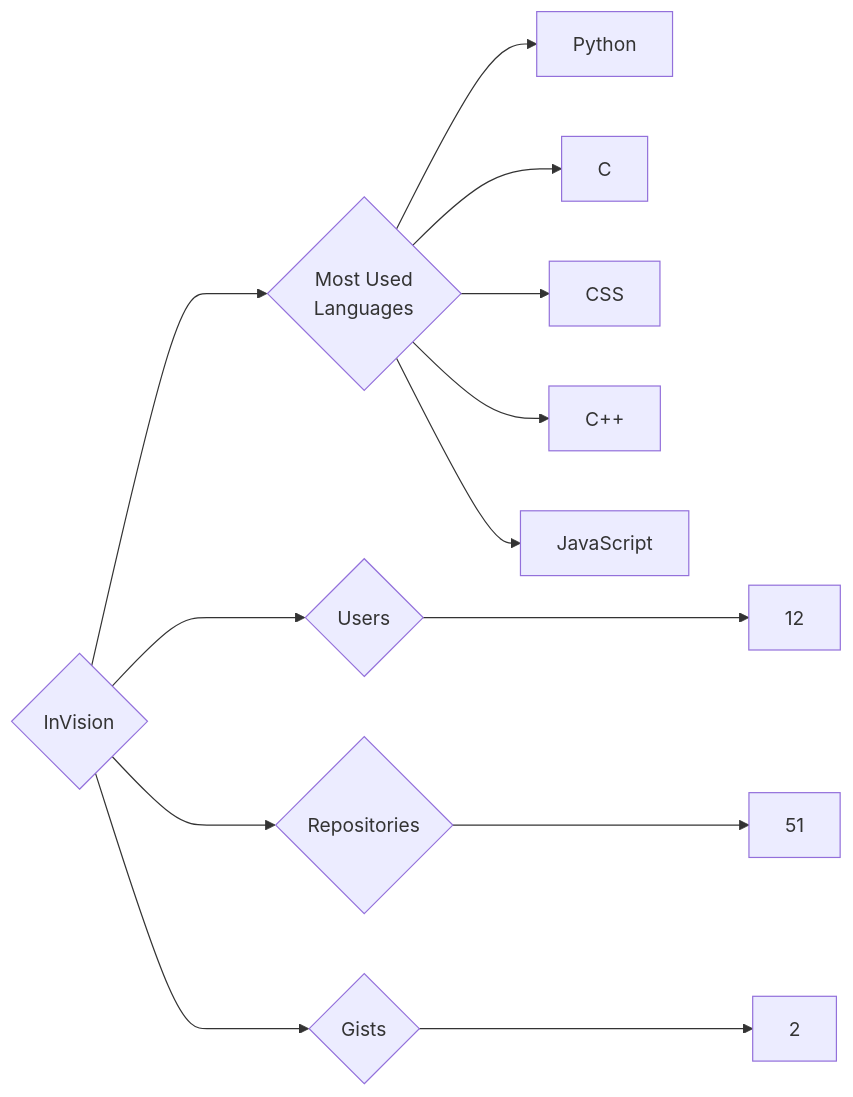
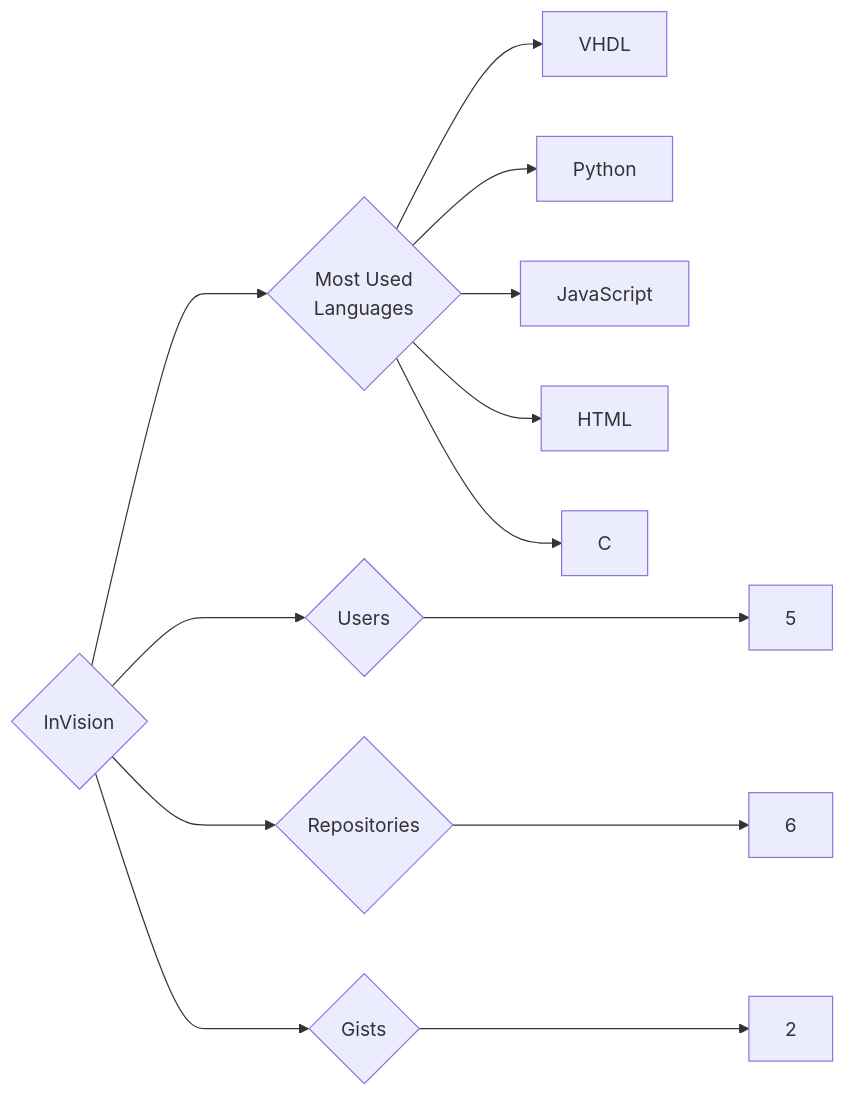
Before and after one commit to trickest/insiders: the diagram in targets/InVision/README.md, drawn with Mermaid. The commit also changed 1167 other files, not shown here.

````diff
--- a/targets/InVision/README.md
+++ b/targets/InVision/README.md
@@ -3,13 +3,13 @@
 ```mermaid
 graph LR
 COMPANY_NAME{InVision}
-COMPANY_NAME ---> U{Users} ---> UN[12]
-COMPANY_NAME ---> R{Repositories} ---> RN[51]
+COMPANY_NAME ---> U{Users} ---> UN[5]
+COMPANY_NAME ---> R{Repositories} ---> RN[6]
 COMPANY_NAME ---> G{Gists} ---> GN[2]
 COMPANY_NAME ---> ML{Most Used<br>Languages}
+ML --> VHDL[VHDL]
 ML --> Python[Python]
+ML --> JavaScript[JavaScript]
+ML --> HTML[HTML]
 ML --> C[C]
-ML --> CSS[CSS]
-ML --> C++[C++]
-ML --> JavaScript[JavaScript]
 ```
````
